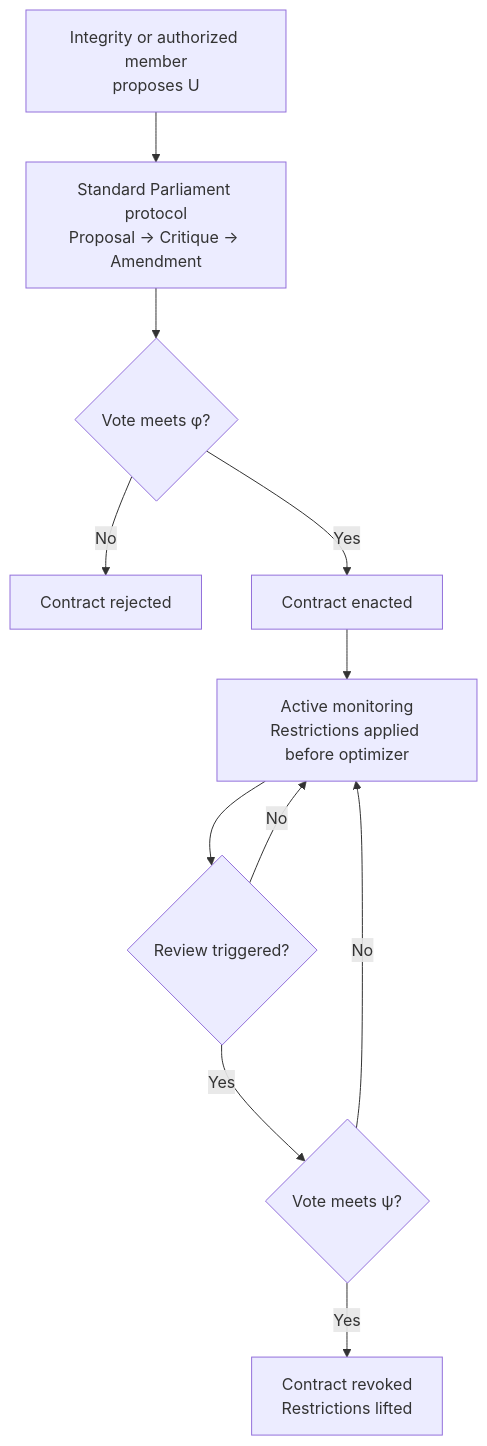
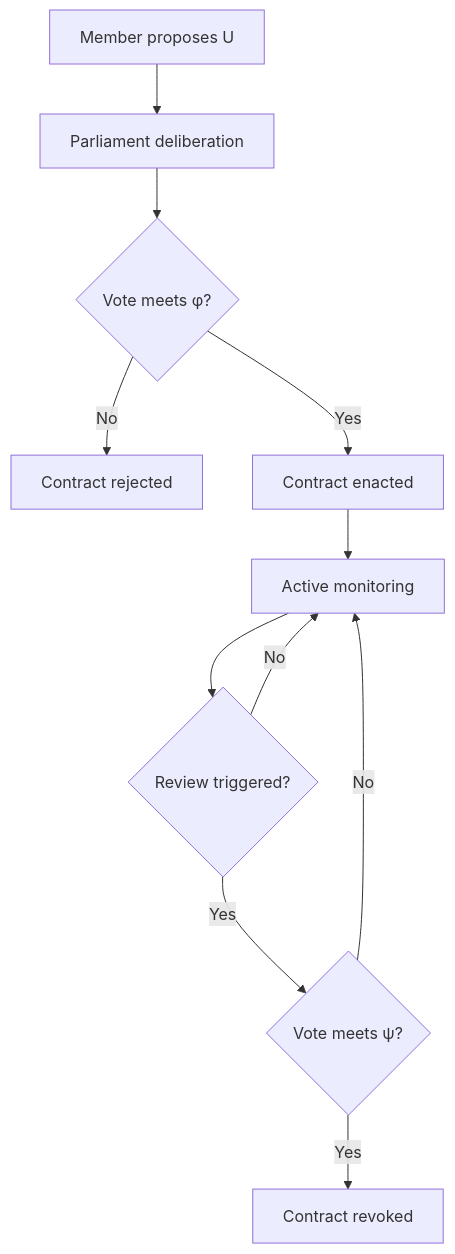
The second of 3 diagrams in book/chapter-03/03-ulysses-contracts.md (xcoder-es/governance-layer), drawn with Mermaid before and after one commit. The commit also changed other lines of this file and 1 other file, not shown here.

Commit message:
Fix Mermaid diagrams in Ch3 and Appendix A — remove HTML br tags for GitHub compatibility

````diff
--- a/book/chapter-03/03-ulysses-contracts.md
+++ b/book/chapter-03/03-ulysses-contracts.md
@@ -173,13 +167,13 @@
 ```mermaid
 graph TD
-    Start[Integrity or authorized member<br/>proposes U] --> Deliberation[Standard Parliament protocol<br/>Proposal → Critique → Amendment]
+    Start[Member proposes U] --> Deliberation[Parliament deliberation]
     Deliberation --> Vote{Vote meets φ?}
     Vote -->|No| Rejected[Contract rejected]
     Vote -->|Yes| Enacted[Contract enacted]
-    Enacted --> Active[Active monitoring<br/>Restrictions applied before optimizer]
+    Enacted --> Active[Active monitoring]
     Active --> Review{Review triggered?}
     Review -->|No| Active
     Review -->|Yes| Revote{Vote meets ψ?}
     Revote -->|No| Active
-    Revote -->|Yes| Expired[Contract revoked<br/>Restrictions lifted]
+    Revote -->|Yes| Expired[Contract revoked]
 ```
````
